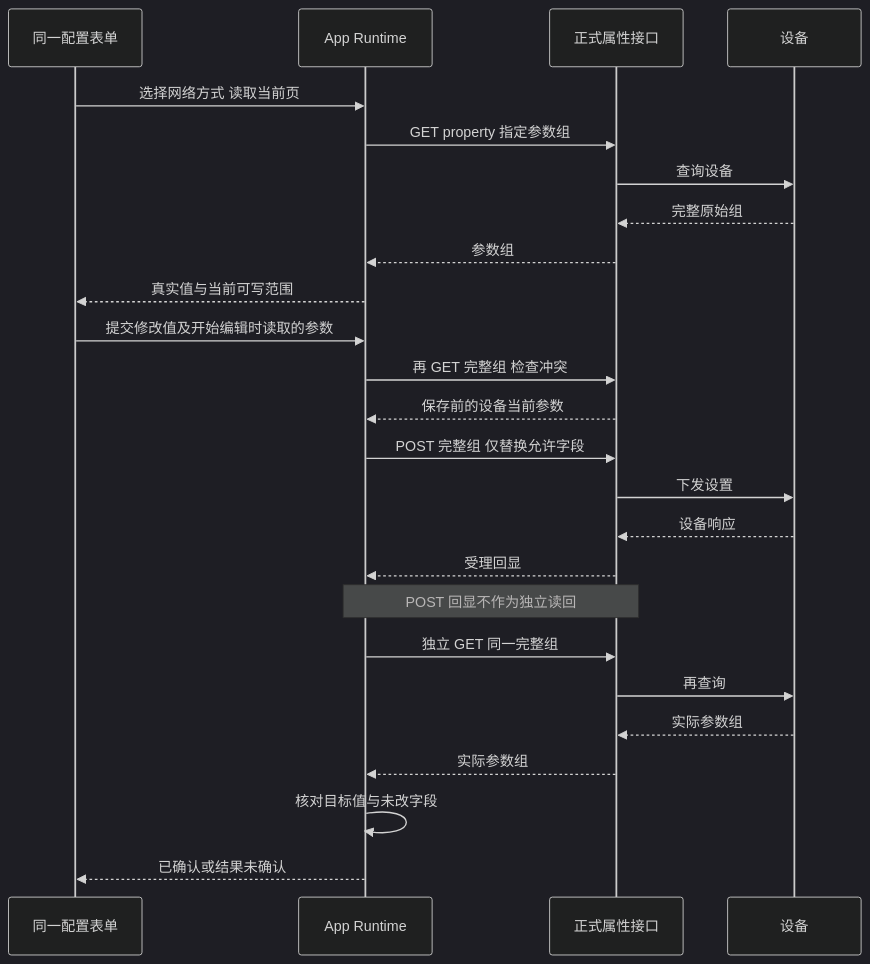
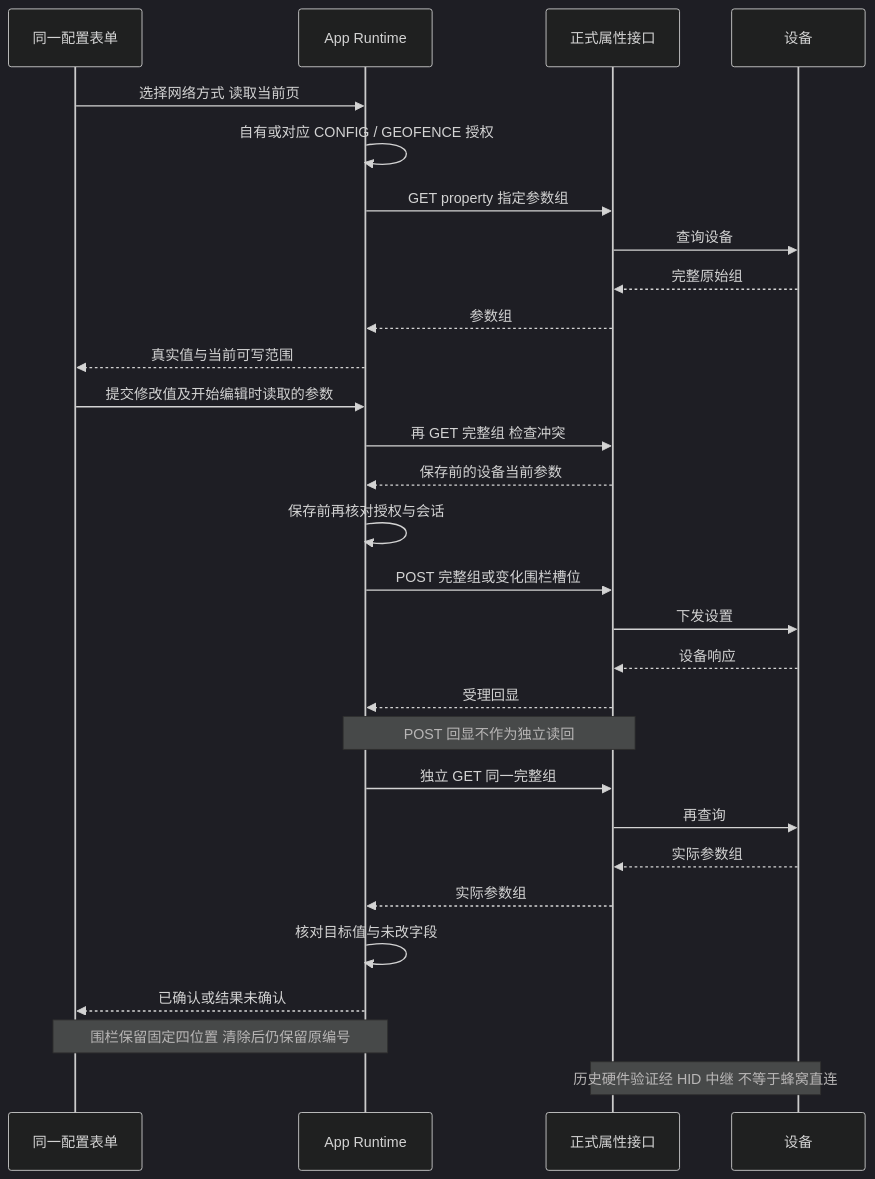
The diagram in guides/configuration-sequence.mmd (jarLiao/eview-connect-c-app-prototype), drawn with Mermaid (dark theme) before and after one commit. The commit also changed 29 other files, not shown here.

```diff
--- a/guides/configuration-sequence.mmd
+++ b/guides/configuration-sequence.mmd
@@ -1,25 +1,29 @@
 sequenceDiagram
     participant UI as 同一配置表单
     participant Native as App Runtime
     participant API as 正式属性接口
     participant Device as 设备
     UI->>Native: 选择网络方式 读取当前页
+    Native->>Native: 自有或对应 CONFIG / GEOFENCE 授权
     Native->>API: GET property 指定参数组
     API->>Device: 查询设备
     Device-->>API: 完整原始组
     API-->>Native: 参数组
     Native-->>UI: 真实值与当前可写范围
     UI->>Native: 提交修改值及开始编辑时读取的参数
     Native->>API: 再 GET 完整组 检查冲突
     API-->>Native: 保存前的设备当前参数
-    Native->>API: POST 完整组 仅替换允许字段
+    Native->>Native: 保存前再核对授权与会话
+    Native->>API: POST 完整组或变化围栏槽位
     API->>Device: 下发设置
     Device-->>API: 设备响应
     API-->>Native: 受理回显
     Note over Native,API: POST 回显不作为独立读回
     Native->>API: 独立 GET 同一完整组
     API->>Device: 再查询
     Device-->>API: 实际参数组
     API-->>Native: 实际参数组
     Native->>Native: 核对目标值与未改字段
     Native-->>UI: 已确认或结果未确认
+    Note over UI,Native: 围栏保留固定四位置 清除后仍保留原编号
+    Note over API,Device: 历史硬件验证经 HID 中继 不等于蜂窝直连
```
